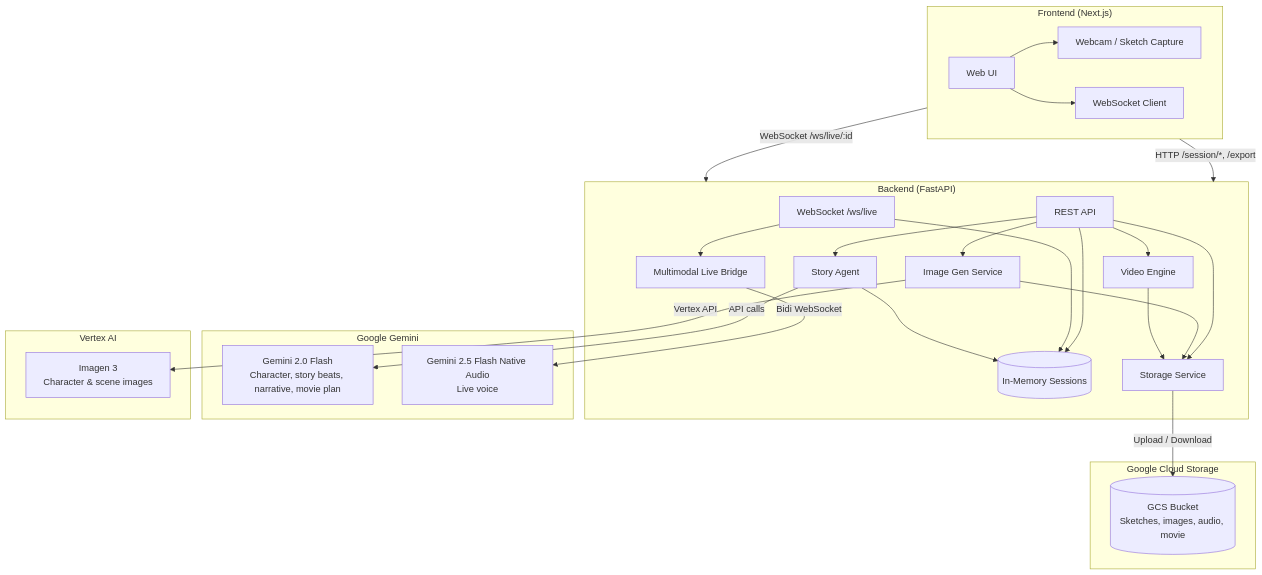
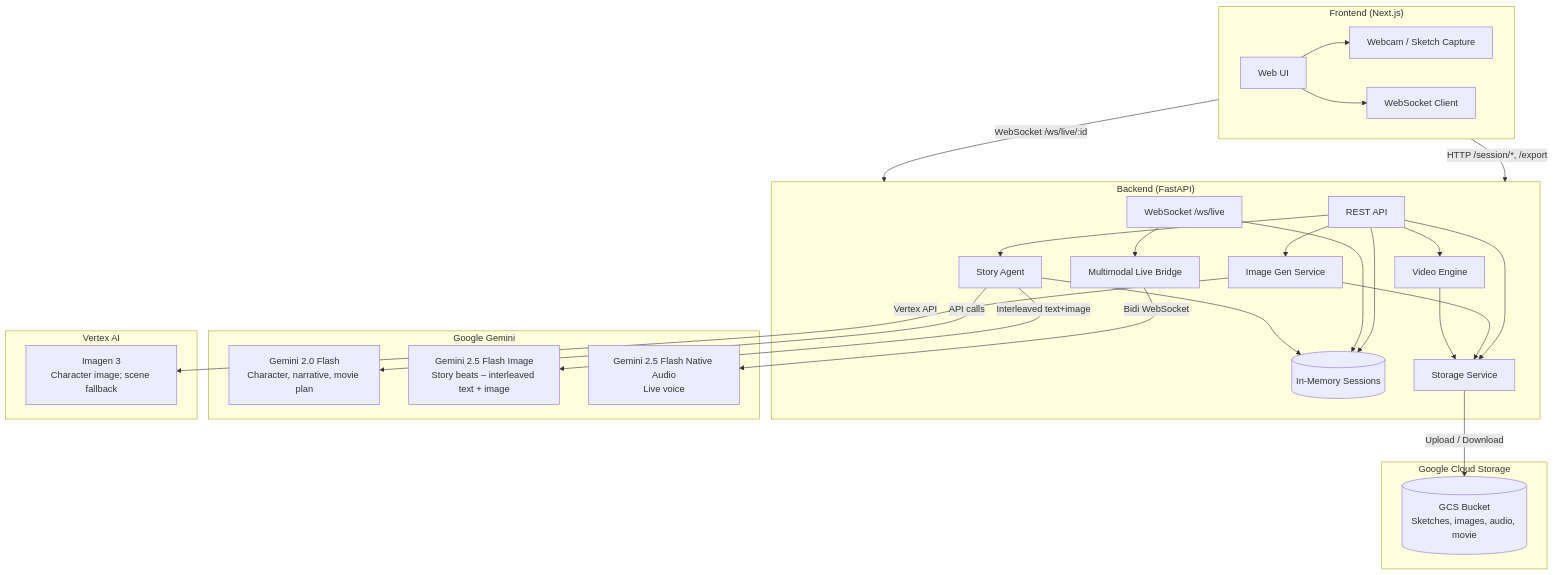
Before and after one commit to twhetzel/kidsketch-storyteller: the diagram in README.md, drawn with Mermaid. The commit also changed other lines of this file, not shown here.

````diff
--- a/README.md
+++ b/README.md
@@ -62,52 +62,54 @@
 ```mermaid
 flowchart TB
     subgraph Frontend["Frontend (Next.js)"]
         UI[Web UI]
         Webcam[Webcam / Sketch Capture]
         WS_Client[WebSocket Client]
         UI --> Webcam
         UI --> WS_Client
     end
 
     subgraph Backend["Backend (FastAPI)"]
         REST[REST API]
         WS_Server[WebSocket /ws/live]
         Sessions[(In-Memory Sessions)]
         StoryAgent[Story Agent]
         ImageGen[Image Gen Service]
         LiveBridge[Multimodal Live Bridge]
         VideoEngine[Video Engine]
         StorageSvc[Storage Service]
         REST --> Sessions
         REST --> StoryAgent
         REST --> ImageGen
         REST --> StorageSvc
         REST --> VideoEngine
         WS_Server --> Sessions
         WS_Server --> LiveBridge
         StoryAgent --> Sessions
         ImageGen --> StorageSvc
         VideoEngine --> StorageSvc
     end
 
     subgraph Gemini["Google Gemini"]
-        Gemini_Text[Gemini 2.0 Flash<br/>Character, story beats, narrative, movie plan]
+        Gemini_Text[Gemini 2.0 Flash<br/>Character, narrative, movie plan]
+        Gemini_Image[Gemini 2.5 Flash Image<br/>Story beats – interleaved text + image]
         Gemini_Live[Gemini 2.5 Flash Native Audio<br/>Live voice]
     end
 
     subgraph Vertex["Vertex AI"]
-        Imagen[Imagen 3<br/>Character & scene images]
+        Imagen[Imagen 3<br/>Character image; scene fallback]
     end
 
     subgraph GCS["Google Cloud Storage"]
         Bucket[(GCS Bucket<br/>Sketches, images, audio, movie)]
     end
 
     Frontend -->|HTTP /session/*, /export| Backend
     Frontend -->|WebSocket /ws/live/:id| Backend
 
     StoryAgent -->|API calls| Gemini_Text
+    StoryAgent -->|Interleaved text+image| Gemini_Image
     LiveBridge -->|Bidi WebSocket| Gemini_Live
     ImageGen -->|Vertex API| Imagen
     StorageSvc -->|Upload / Download| Bucket
 ```
````
